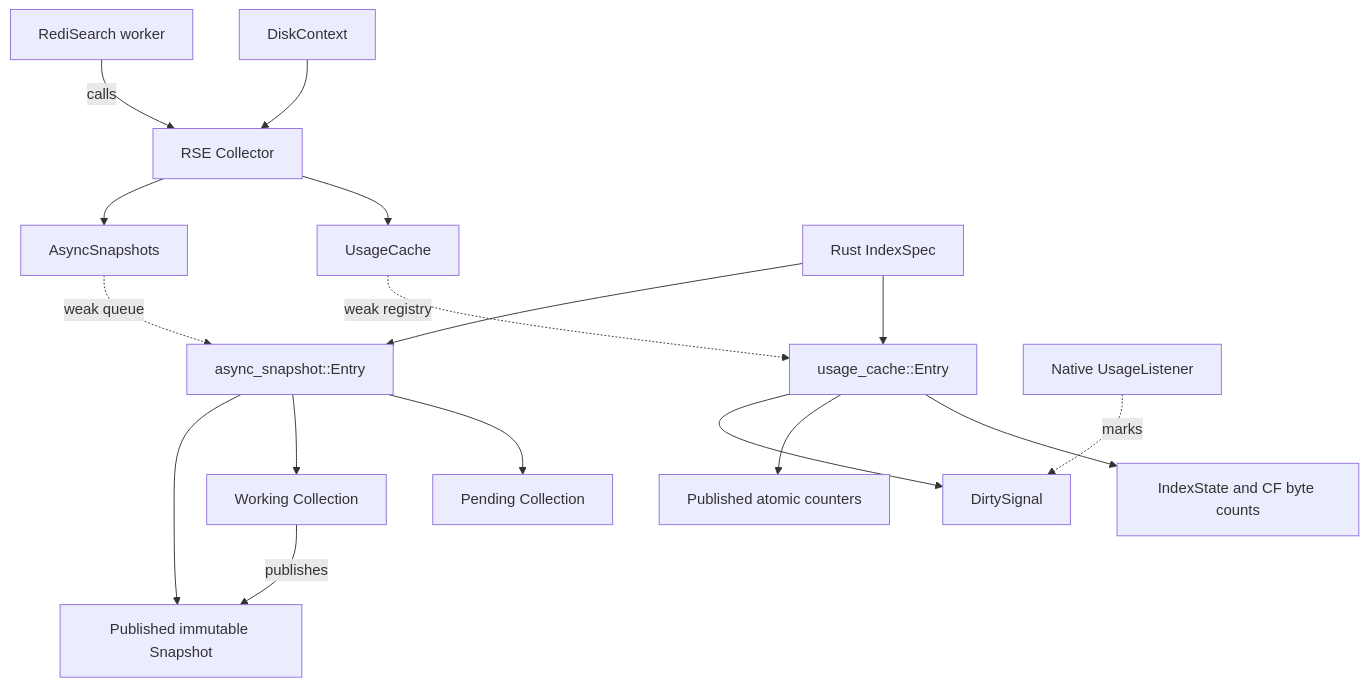
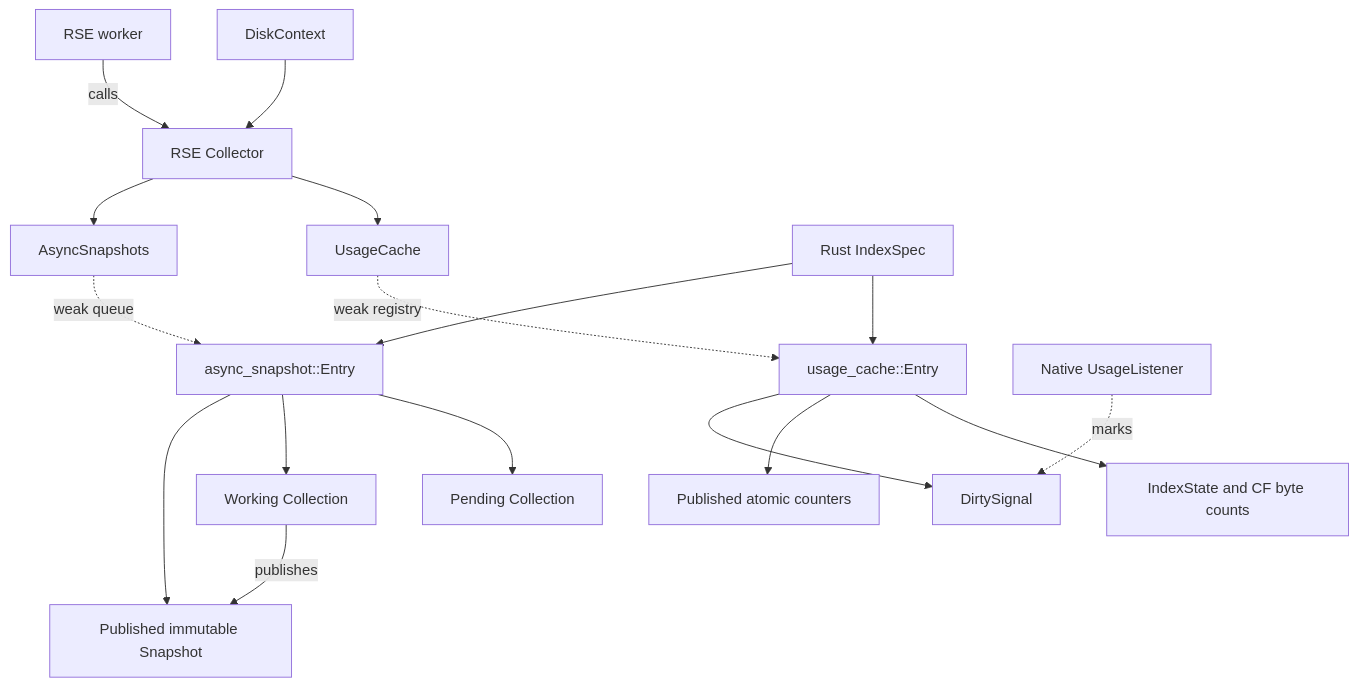
Before and after one commit to RediSearch/RediSearch: the diagram in docs/design/mod-18033-search-only-cache.md, drawn with Mermaid. The commit also changed other lines of this file and 8 other files, not shown here.

````diff
--- a/docs/design/mod-18033-search-only-cache.md
+++ b/docs/design/mod-18033-search-only-cache.md
@@ -119,19 +99,19 @@
 ```mermaid
 flowchart TD
     Context[DiskContext] --> Collector[RSE Collector]
-    Worker[RediSearch worker] -->|calls| Collector
+    Worker[RSE worker] -->|calls| Collector
     Collector --> Usage[UsageCache]
     Collector --> Diagnostics[AsyncSnapshots]
     Index[Rust IndexSpec] --> UsageEntry[usage_cache::Entry]
     Index --> DE[async_snapshot::Entry]
     Usage -. weak registry .-> UsageEntry
     Diagnostics -. weak queue .-> DE
     UsageEntry --> State[IndexState and CF byte counts]
     UsageEntry --> Counters[Published atomic counters]
     DE --> Pending[Pending Collection]
     DE --> Working[Working Collection]
     DE --> Published[Published immutable Snapshot]
     Working -->|publishes| Published
     Listener[Native UsageListener] -. marks .-> Signal[DirtySignal]
     UsageEntry --> Signal
 ```
````
